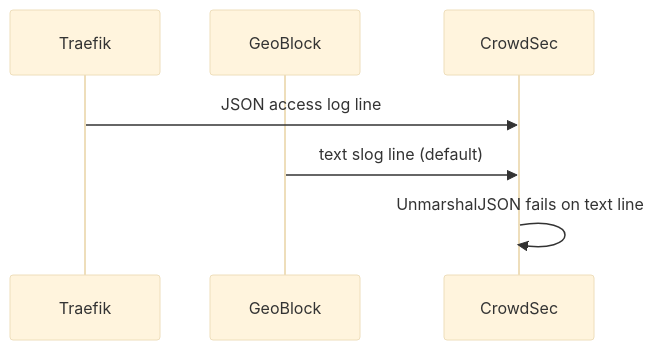
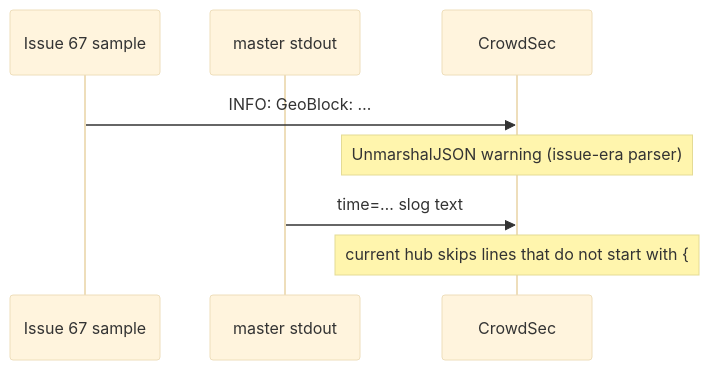
One commit to david-garcia-garcia/traefik-geoblock changed the diagram in devstate/2026/09/2026-09-08-non-json-logs/card.md. Above: the diagram before and after it, drawn with Mermaid (base theme). The commit also changed other lines of this file and 3 other files, not shown here.

````diff
--- a/devstate/2026/09/2026-09-08-non-json-logs/card.md
+++ b/devstate/2026/09/2026-09-08-non-json-logs/card.md
@@ -22,9 +22,10 @@
 ```mermaid
 sequenceDiagram
-  participant Traefik
-  participant GeoBlock
+  participant Issue as Issue 67 sample
+  participant Master as master stdout
   participant CrowdSec
-  Traefik->>CrowdSec: JSON access log line
-  GeoBlock->>CrowdSec: text slog line (default)
-  CrowdSec->>CrowdSec: UnmarshalJSON fails on text line
+  Issue->>CrowdSec: INFO: GeoBlock: …
+  Note over CrowdSec: UnmarshalJSON warning (issue-era parser)
+  Master->>CrowdSec: time=… slog text
+  Note over CrowdSec: current hub skips lines that do not start with {
 ```
````
